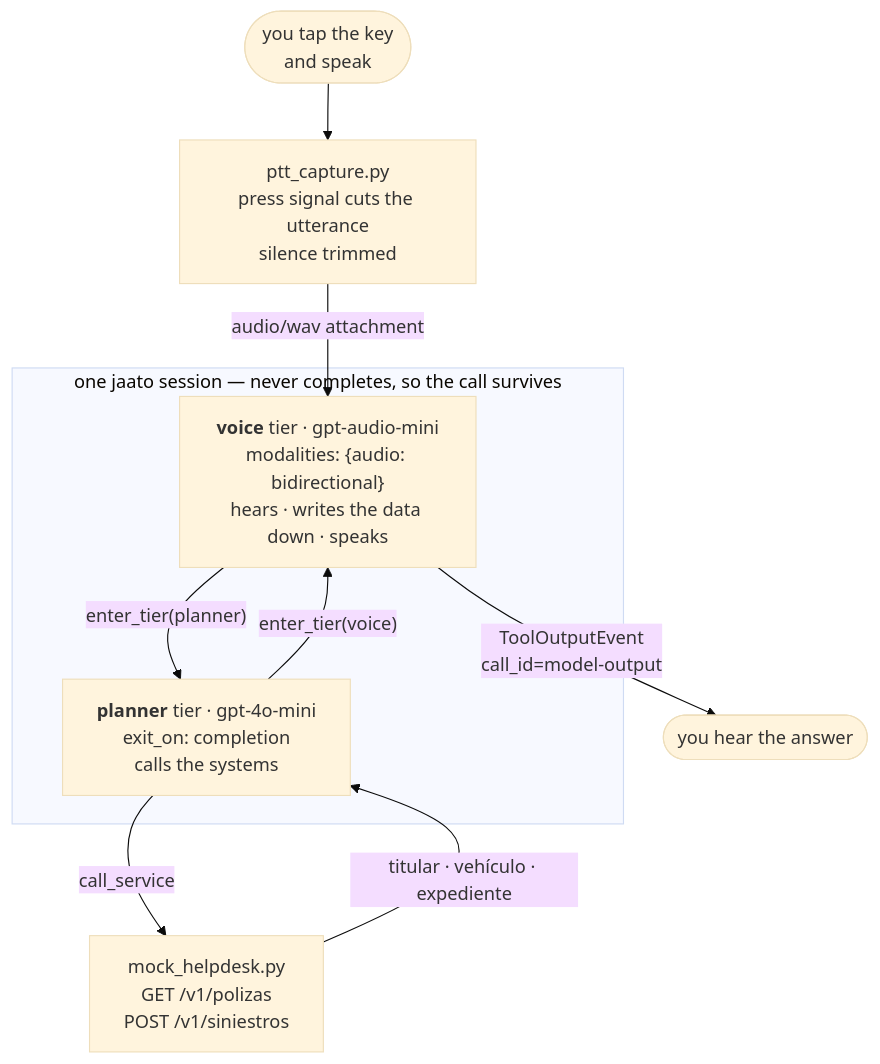
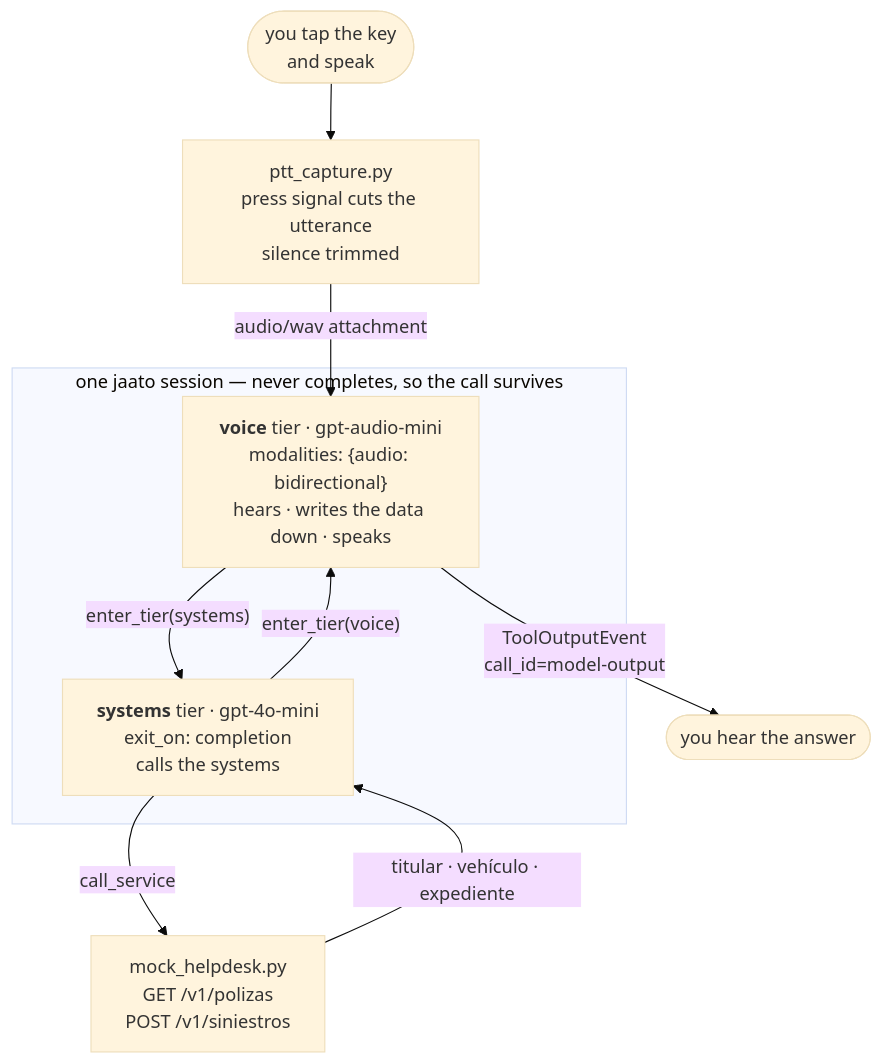
Before and after one commit to Jaato-framework-and-examples/jaato-cascade-audio-interchange: the first of 2 diagrams in README.md, drawn with Mermaid (base theme). The commit also changed other lines of this file and 2 other files, not shown here.

First line of the commit message:
refactor(helpdesk): the tool-calling tier is `systems`, not `planner`

````diff
--- a/README.md
+++ b/README.md
@@ -36,16 +36,16 @@
 ```mermaid
 flowchart TD
     P(["you tap the key<br/>and speak"]) --> C["ptt_capture.py<br/>press signal cuts the utterance<br/>silence trimmed"]
     C -- "audio/wav attachment" --> V
 
     subgraph session ["one jaato session — never completes, so the call survives"]
         V["<b>voice</b> tier · gpt-audio-mini<br/>modalities: {audio: bidirectional}<br/>hears · writes the data down · speaks"]
-        N["<b>planner</b> tier · gpt-4o-mini<br/>exit_on: completion<br/>calls the systems"]
-        V -- "enter_tier(planner)" --> N
+        N["<b>systems</b> tier · gpt-4o-mini<br/>exit_on: completion<br/>calls the systems"]
+        V -- "enter_tier(systems)" --> N
         N -- "enter_tier(voice)" --> V
     end
 
     N -- "call_service" --> M["mock_helpdesk.py<br/>GET /v1/polizas<br/>POST /v1/siniestros"]
     M -- "titular · vehículo · expediente" --> N
     V -- "ToolOutputEvent<br/>call_id=model-output" --> S(["you hear the answer"])
 ```
````
